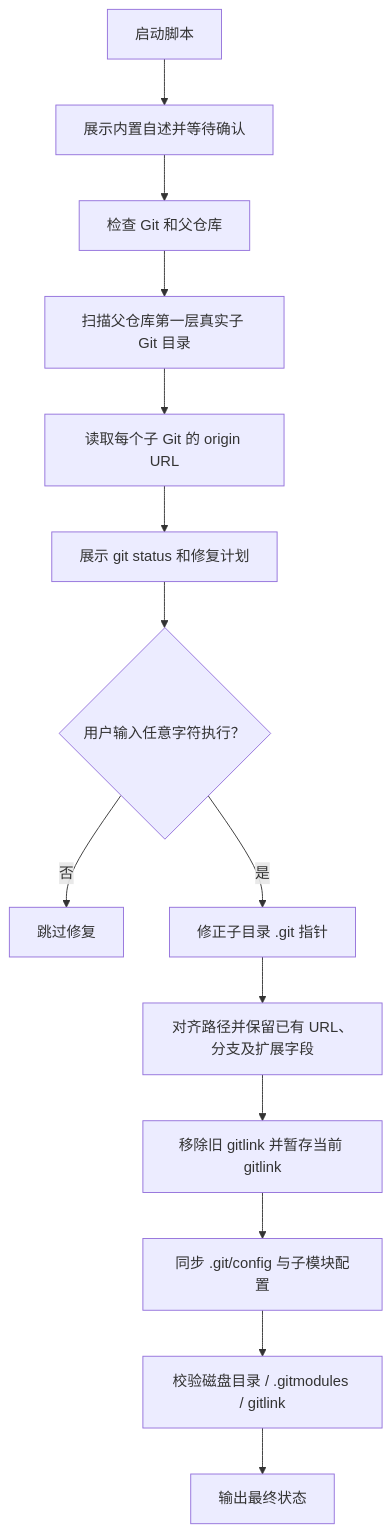
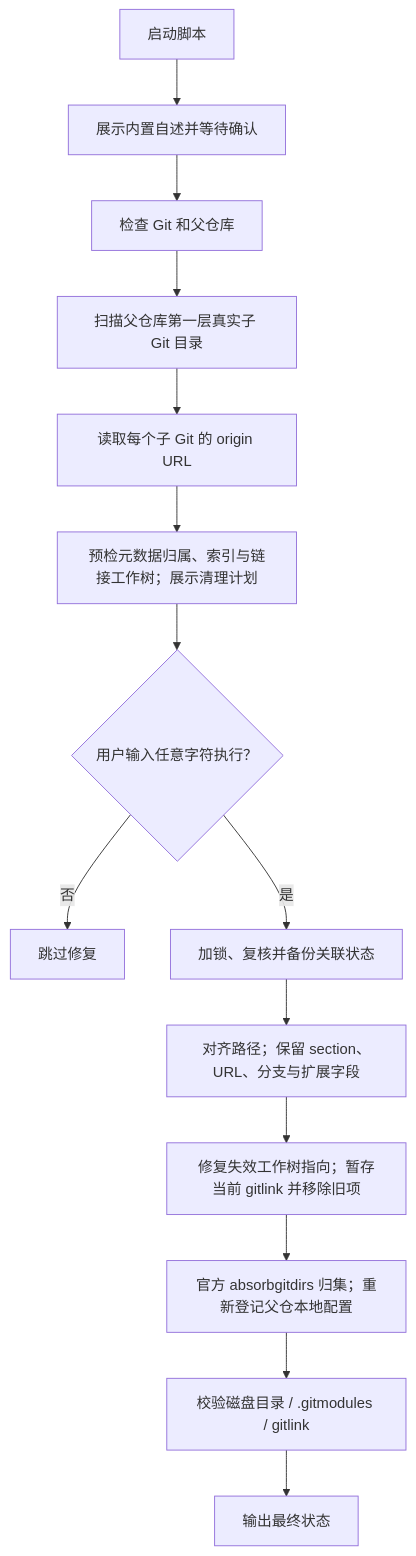
Before and after one commit to JobsKits/JobsCommand-Gits: the diagram in 【MacOS】🧭更新引用Git父仓=>子仓.command/README.md, drawn with Mermaid. The commit also changed other lines of this file and 9 other files, not shown here.

````diff
--- a/【MacOS】🧭更新引用Git父仓=>子仓.command/README.md
+++ b/【MacOS】🧭更新引用Git父仓=>子仓.command/README.md
@@ -92,16 +112,16 @@
 ```mermaid
 flowchart TD
   A["启动脚本"] --> B["展示内置自述并等待确认"]
   B --> C["检查 Git 和父仓库"]
   C --> D["扫描父仓库第一层真实子 Git 目录"]
   D --> E["读取每个子 Git 的 origin URL"]
-  E --> F["展示 git status 和修复计划"]
+  E --> F["预检元数据归属、索引与链接工作树；展示清理计划"]
   F --> G{"用户输入任意字符执行？"}
   G -->|否| H["跳过修复"]
-  G -->|是| I["修正子目录 .git 指针"]
-  I --> J["对齐路径并保留已有 URL、分支及扩展字段"]
-  J --> K["移除旧 gitlink 并暂存当前 gitlink"]
-  K --> L["同步 .git/config 与子模块配置"]
+  G -->|是| I["加锁、复核并备份关联状态"]
+  I --> J["对齐路径；保留 section、URL、分支与扩展字段"]
+  J --> K["修复失效工作树指向；暂存当前 gitlink 并移除旧项"]
+  K --> L["官方 absorbgitdirs 归集；重新登记父仓本地配置"]
   L --> M["校验磁盘目录 / .gitmodules / gitlink"]
   M --> N["输出最终状态"]
 ```
````
